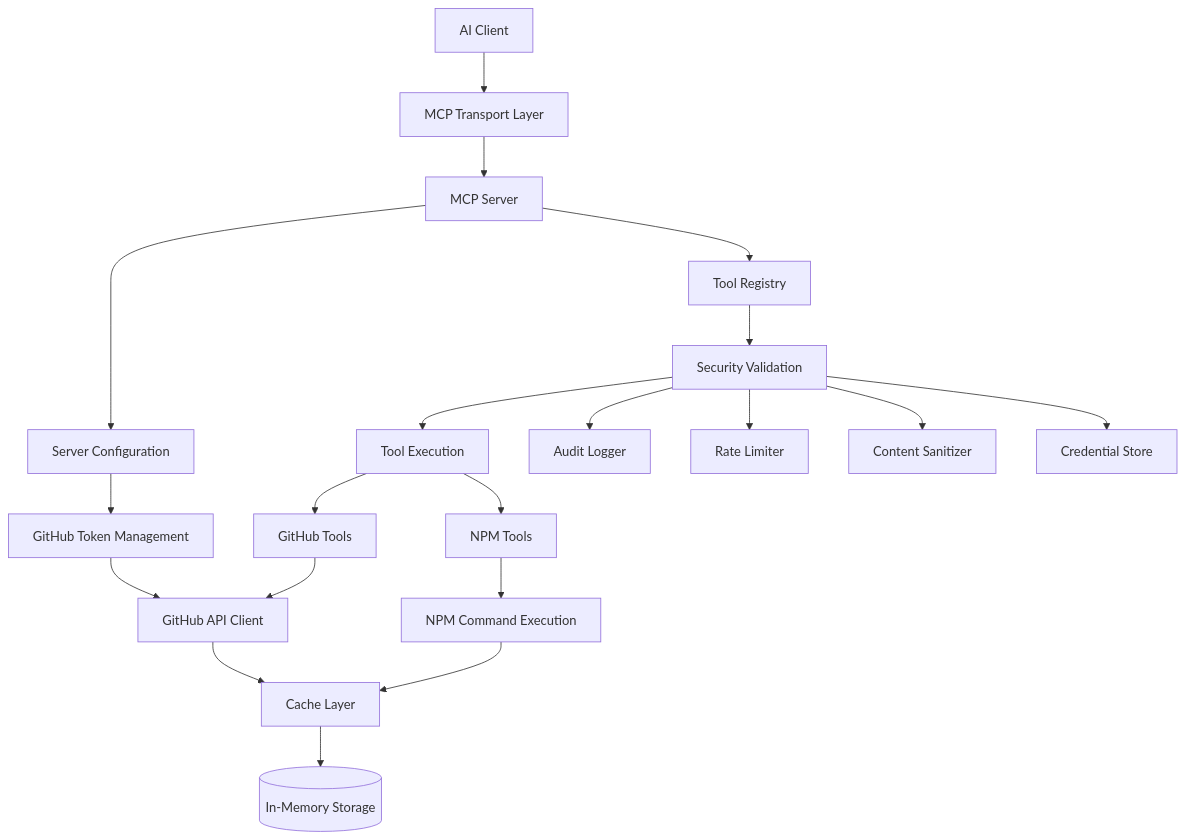
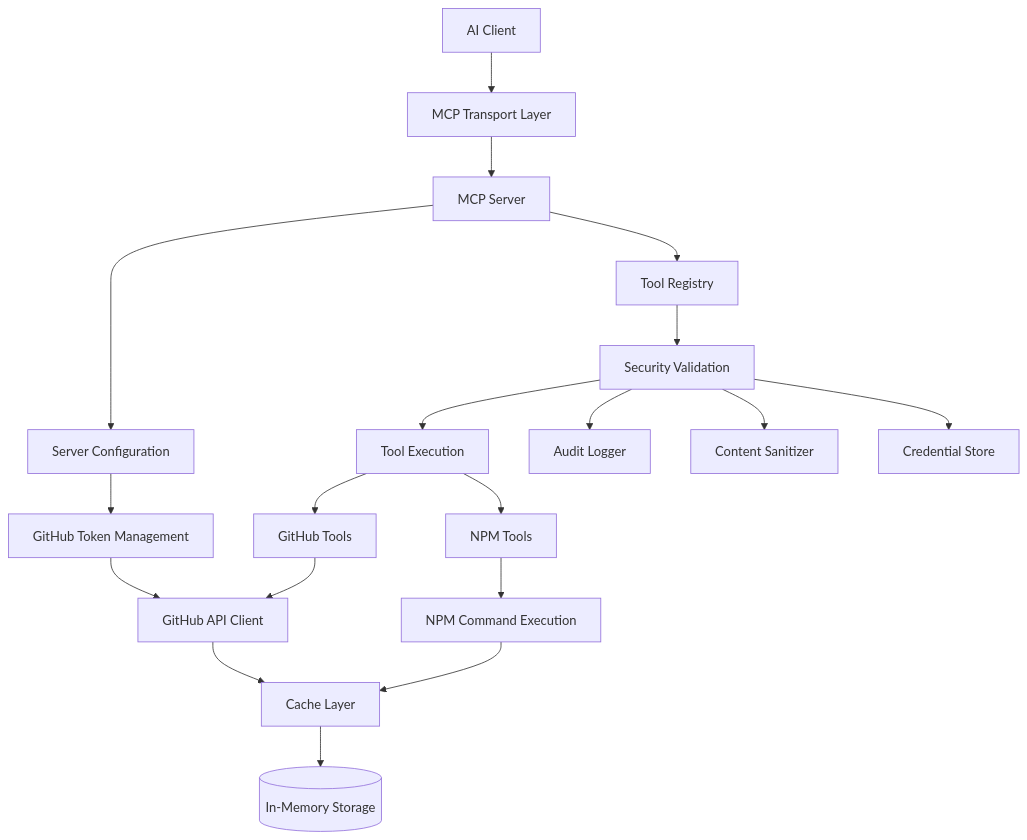
The first of 3 diagrams in packages/octocode-mcp/docs/summary.md (bgauryy/octocode-mcp), drawn with Mermaid before and after one commit. The commit also changed other lines of this file and 89 other files, not shown here.

````diff
--- a/packages/octocode-mcp/docs/summary.md
+++ b/packages/octocode-mcp/docs/summary.md
@@ -36,29 +36,28 @@
 ```mermaid
 graph TB
     Client[AI Client] --> Transport[MCP Transport Layer]
     Transport --> Server[MCP Server]
     Server --> Config[Server Configuration]
     Server --> Tools[Tool Registry]
     
     Tools --> Security[Security Validation]
     Security --> Toolset[Tool Execution]
     
     Toolset --> GitHub_Tools[GitHub Tools]
     Toolset --> NPM_Tools[NPM Tools]
     
     GitHub_Tools --> GitHub_Client[GitHub API Client]
     NPM_Tools --> NPM_Exec[NPM Command Execution]
     
     GitHub_Client --> Cache[Cache Layer]
     NPM_Exec --> Cache
     
     Cache --> Memory[(In-Memory Storage)]
     
     Security --> Audit[Audit Logger]
-    Security --> RateLimit[Rate Limiter]
     Security --> Content[Content Sanitizer]
     Security --> Credentials[Credential Store]
     
     Config --> Token[GitHub Token Management]
     Token --> GitHub_Client
 ```
````
